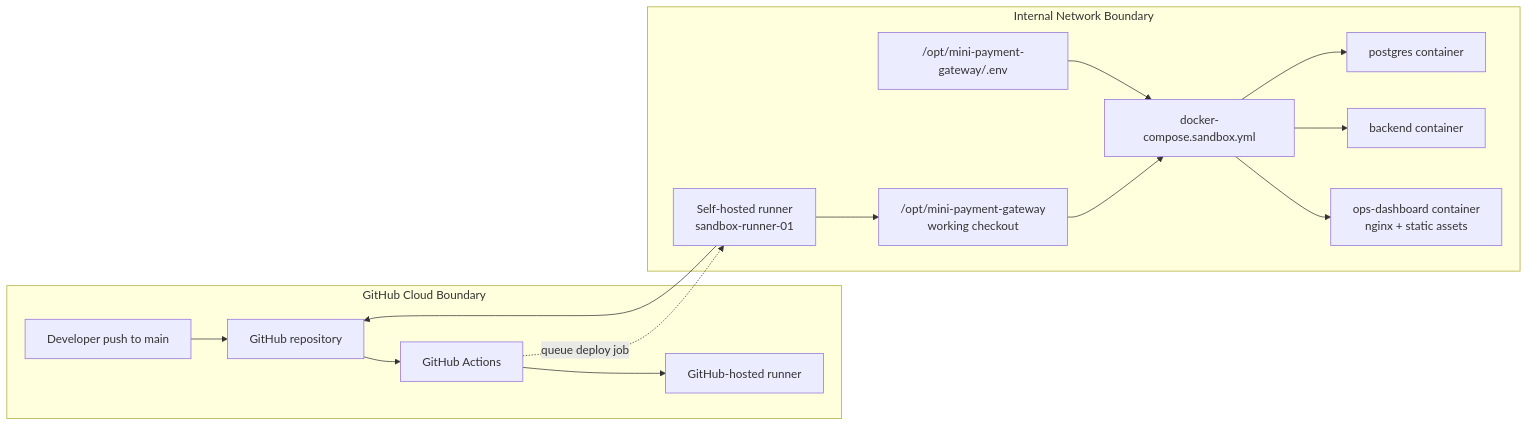
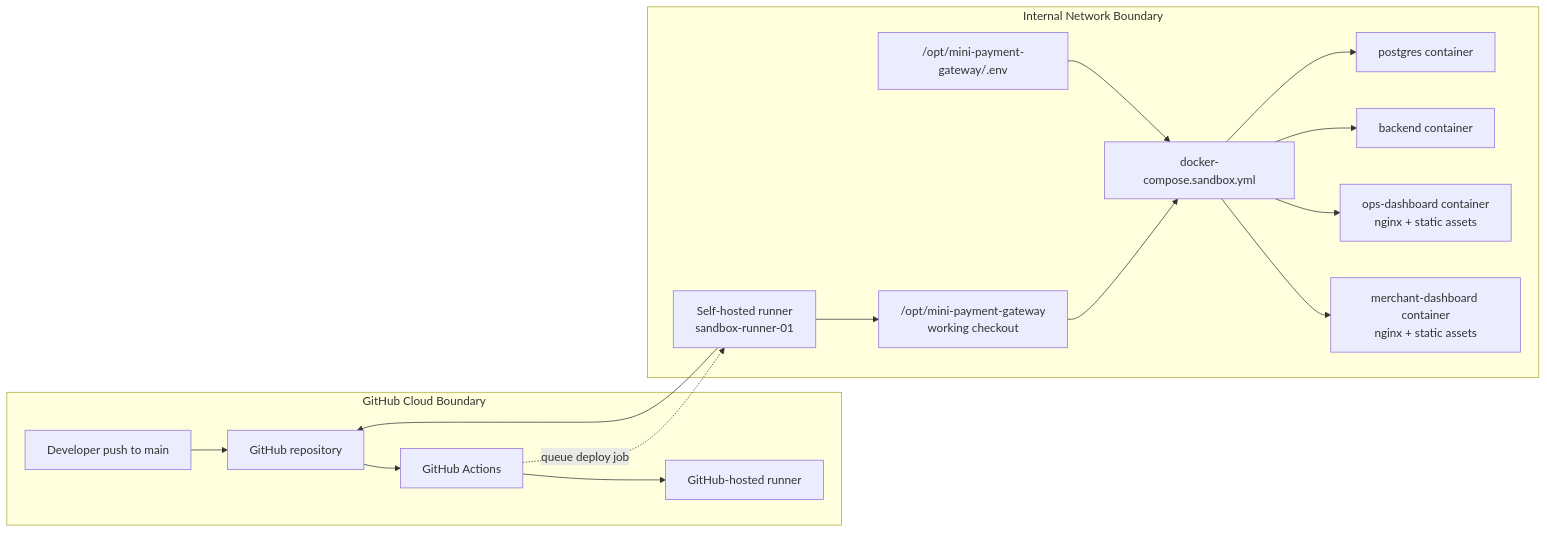
The first of 2 diagrams in docs/infrastructure/devops-architecture.md (biabeogo147/mini-payment-gateway), drawn with Mermaid before and after one commit. The commit also changed other lines of this file and 93 other files, not shown here.

Commit message:
Add merchant dashboard and portal APIs

````diff
--- a/docs/infrastructure/devops-architecture.md
+++ b/docs/infrastructure/devops-architecture.md
@@ -72,31 +72,33 @@
 ```mermaid
 flowchart LR
     subgraph GitHub["GitHub Cloud Boundary"]
         Dev["Developer push to main"]
         GH["GitHub repository"]
         GHA["GitHub Actions"]
         Hosted["GitHub-hosted runner"]
     end
 
     subgraph Internal["Internal Network Boundary"]
         Runner["Self-hosted runner\nsandbox-runner-01"]
         Repo["/opt/mini-payment-gateway\nworking checkout"]
         Compose["docker-compose.sandbox.yml"]
         DB["postgres container"]
         API["backend container"]
-        UI["ops-dashboard container\nnginx + static assets"]
+        OpsUI["ops-dashboard container\nnginx + static assets"]
+        MerchantUI["merchant-dashboard container\nnginx + static assets"]
         Env["/opt/mini-payment-gateway/.env"]
     end
 
     Dev --> GH
     GH --> GHA
     GHA --> Hosted
     GHA -. queue deploy job .-> Runner
     Runner --> GH
     Runner --> Repo
     Repo --> Compose
     Env --> Compose
     Compose --> DB
     Compose --> API
-    Compose --> UI
+    Compose --> OpsUI
+    Compose --> MerchantUI
 ```
````
